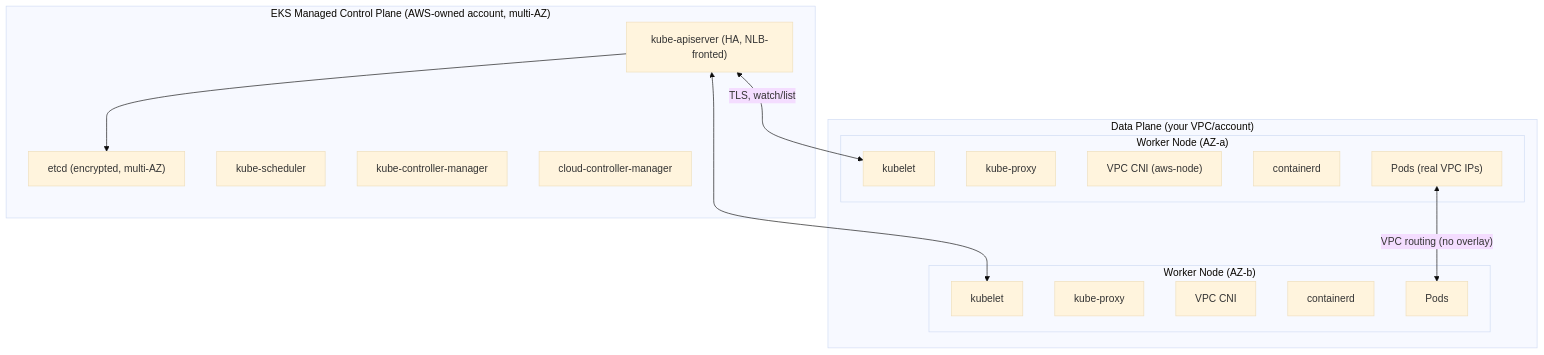
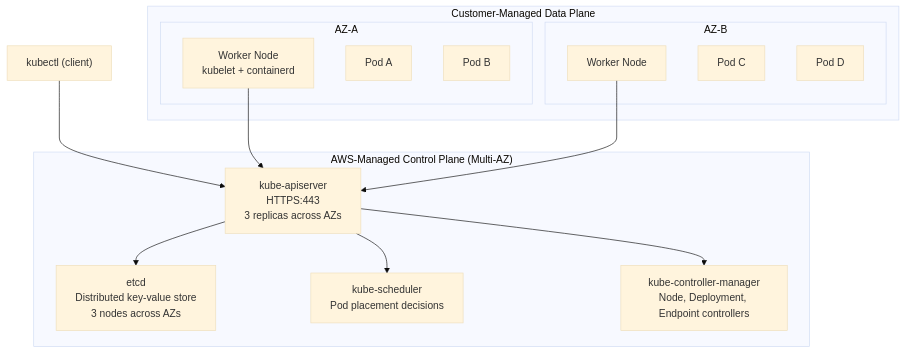
Before and after one commit to rakesh-budde/interview-prep: the first of 2 diagrams in aws/06-EKS-DEEP-DIVE.md, drawn with Mermaid (base theme). The commit also changed other lines of this file and 8 other files, not shown here.

````diff
--- a/aws/06-EKS-DEEP-DIVE.md
+++ b/aws/06-EKS-DEEP-DIVE.md
@@ -19,30 +46,27 @@
 ```mermaid
 graph TB
-    subgraph CP["EKS Managed Control Plane (AWS-owned account, multi-AZ)"]
-        API["kube-apiserver (HA, NLB-fronted)"]
-        ETCD["etcd (encrypted, multi-AZ)"]
-        SCHED["kube-scheduler"]
-        CM["kube-controller-manager"]
-        CCM["cloud-controller-manager"]
+    subgraph ControlPlane["AWS-Managed Control Plane (Multi-AZ)"]
+        APIServer["kube-apiserver<br/>HTTPS:443<br/>3 replicas across AZs"]
+        Etcd["etcd<br/>Distributed key-value store<br/>3 nodes across AZs"]
+        Scheduler["kube-scheduler<br/>Pod placement decisions"]
+        CM["kube-controller-manager<br/>Node, Deployment, Endpoint controllers"]
     end
-    subgraph DP["Data Plane (your VPC/account)"]
-        subgraph Node1["Worker Node (AZ-a)"]
-            KL1["kubelet"]
-            KP1["kube-proxy"]
-            CNI1["VPC CNI (aws-node)"]
-            CR1["containerd"]
-            P1["Pods (real VPC IPs)"]
+    
+    subgraph DataPlane["Customer-Managed Data Plane"]
+        subgraph AZ1["AZ-A"]
+            Node1["Worker Node<br/>kubelet + containerd"]
+            Pod1["Pod A"] & Pod2["Pod B"]
         end
-        subgraph Node2["Worker Node (AZ-b)"]
-            KL2["kubelet"]
-            KP2["kube-proxy"]
-            CNI2["VPC CNI"]
-            CR2["containerd"]
-            P2["Pods"]
+        subgraph AZ2["AZ-B"]
+            Node2["Worker Node"]
+            Pod3["Pod C"] & Pod4["Pod D"]
         end
     end
-    API <-->|"TLS, watch/list"| KL1
-    API <--> KL2
-    API --> ETCD
-    P1 <-->|"VPC routing (no overlay)"| P2
+    
+    kubectl["kubectl (client)"] --> APIServer
+    APIServer --> Etcd
+    APIServer --> Scheduler
+    APIServer --> CM
+    Node1 --> APIServer
+    Node2 --> APIServer
 ```
````
